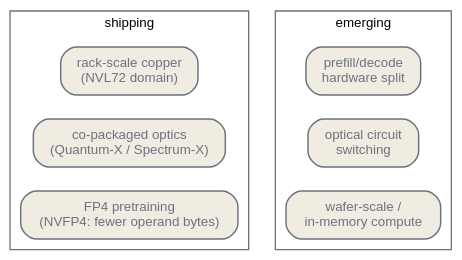
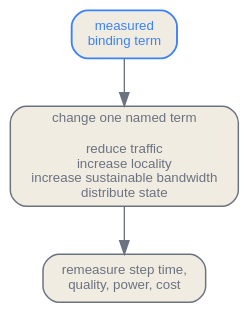
The fourth of 4 diagrams in en/infrastructure/05-the-compute-frontier.qmd (latere-ai/ai-as-an-infrastructure), drawn with Graphviz before and after one commit. The commit also changed other lines of this file and 3 other files, not shown here.

Commit message:
docs: rewrite the compute frontier

````diff
--- a/en/infrastructure/05-the-compute-frontier.qmd
+++ b/en/infrastructure/05-the-compute-frontier.qmd
@@ -296,24 +305,17 @@
 ```{dot}
-//| label: fig-compute-frontier-escapes
-//| fig-cap: "Escape routes from the bandwidth wall, ordered by maturity. The left column is in production; the right column is demonstrated but not default. The middle two attack the wall through numerics and through phase specialization rather than through new fabric."
-digraph escapes {
-  rankdir=LR;
+//| label: fig-compute-frontier-escape-map
+//| fig-cap: "An escape route is useful only when it changes the binding term. Every route creates a cost that must be measured at the same workload boundary."
+digraph escape_map {
+  rankdir=TB;
   bgcolor="transparent";
-  node [shape=box, style="rounded,filled", fontname="Helvetica", fontsize=10, color="#6b7280", fontcolor="#6b7280", fillcolor="#f1ece1", penwidth=1.1];
-  edge [color="#6b7280"];
+  node [shape=box, style="rounded,filled", fontname="Helvetica", fontsize=10,
+        color="#6b7280", fontcolor="#6b7280", fillcolor="#f1ece1", penwidth=1.1];
+  edge [fontname="Helvetica", fontsize=9, color="#6b7280", fontcolor="#6b7280"];
 
-  subgraph cluster_ship { label="shipping"; color="#6b7280"; fontname="Helvetica"; fontsize=10;
-    rack [label="rack-scale copper\n(NVL72 domain)"];
-    cpo  [label="co-packaged optics\n(Quantum-X / Spectrum-X)"];
-    fp4  [label="FP4 pretraining\n(NVFP4: fewer operand bytes)"];
-  }
-  subgraph cluster_emerge { label="emerging"; color="#6b7280"; fontname="Helvetica"; fontsize=10;
-    disagg [label="prefill/decode\nhardware split"];
-    ocs    [label="optical circuit\nswitching"];
-    wafer  [label="wafer-scale /\nin-memory compute"];
-  }
-  rack -> disagg [style=invis];
-  cpo -> ocs [style=invis];
-  fp4 -> wafer [style=invis];
+  bound [label="measured\nbinding term", color="#3b82f6", fontcolor="#3b82f6", penwidth=1.4];
+  levers [label="change one named term\n\nreduce traffic\nincrease locality\nincrease sustainable bandwidth\ndistribute state"];
+  verify [label="remeasure step time,\nquality, power, cost"];
+
+  bound -> levers -> verify;
 }
 ```
````
